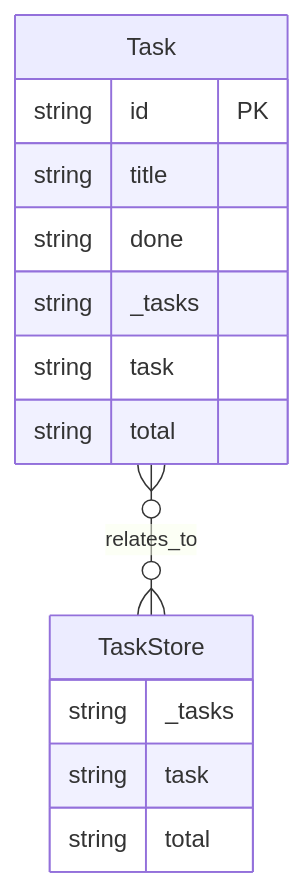
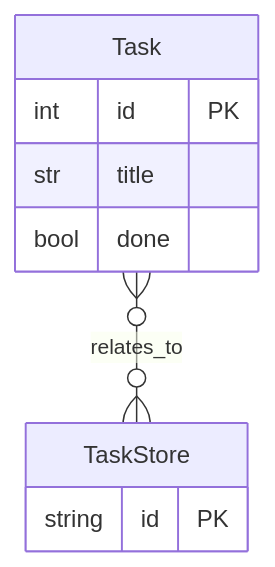
The diagram in polyglot-builder/examples/proof-of-execution/reports/I1_er_diagram.md (Shivendra-11/Intern-cohort), drawn with Mermaid before and after one commit. The commit also changed other lines of this file and 5 other files, not shown here.

First line of the commit message:
fix: reproducible bootstrap + AST-based ER scan

````diff
--- a/polyglot-builder/examples/proof-of-execution/reports/I1_er_diagram.md
+++ b/polyglot-builder/examples/proof-of-execution/reports/I1_er_diagram.md
@@ -23,17 +23,12 @@
 ```mermaid
 erDiagram
     Task {
-        string id PK
-        string title
-        string done
-        string _tasks
-        string task
-        string total
+        int id PK
+        str title
+        bool done
     }
     TaskStore {
-        string _tasks
-        string task
-        string total
+        string id PK
     }
     Task }o--o{ TaskStore : "relates_to"
 ```
````
